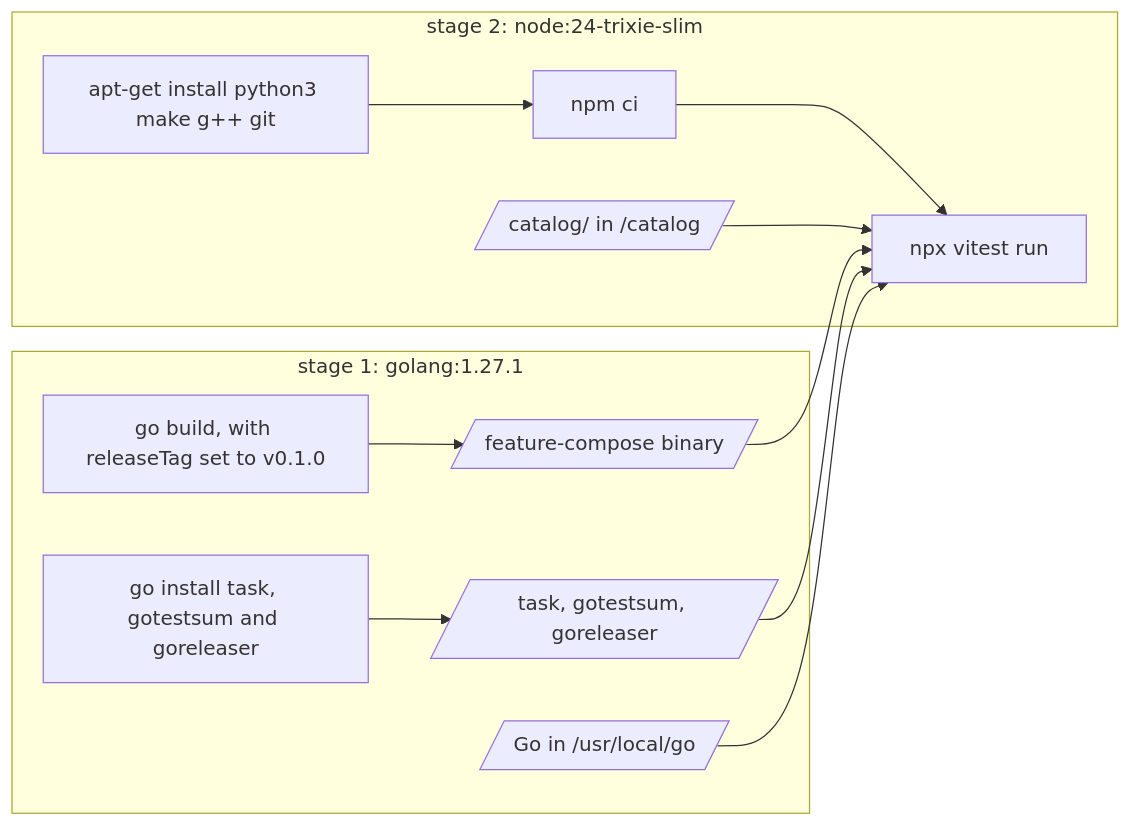
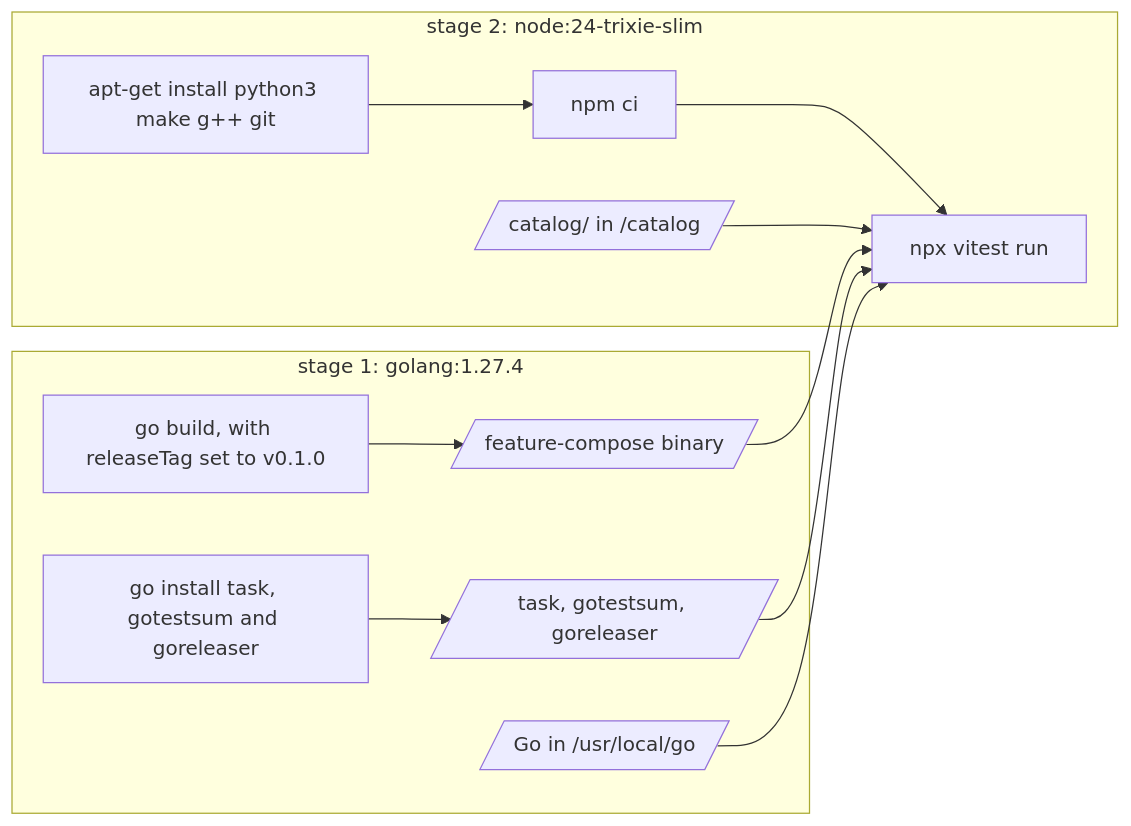
Before and after one commit to hpcsc/feature-compose: the third of 3 diagrams in docs/e2e-tests.md, drawn with Mermaid. The commit also changed 2 other files, not shown here.

Commit message:
Use Go 1.27.4, which fixes 10 vulnerabilities of the standard library
govulncheck stopped the CI build: the code calls 10 vulnerabilities of
net/http, net/textproto, crypto/tls and crypto/x509 in Go 1.27.1. Go
1.27.4 fixes all of them.

go.mod now asks for Go 1.27.4, and CI takes its Go version from
go.mod. The image of the end-to-end tests starts from golang:1.27.4,
so the tests run with the same Go.

````diff
--- a/docs/e2e-tests.md
+++ b/docs/e2e-tests.md
@@ -371,16 +371,16 @@
 ```mermaid
 flowchart LR
-    subgraph builder["stage 1: golang:1.27.1"]
+    subgraph builder["stage 1: golang:1.27.4"]
         G["go build, with releaseTag set to v0.1.0"] --> BIN[/"feature-compose binary"/]
         I["go install task, gotestsum and goreleaser"] --> TOOLS[/"task, gotestsum, goreleaser"/]
         GO[/"Go in /usr/local/go"/]
     end
     subgraph runner["stage 2: node:24-trixie-slim"]
         APT["apt-get install python3 make g++ git"] --> NPM["npm ci"]
         NPM --> RUN["npx vitest run"]
         CAT[/"catalog/ in /catalog"/] --> RUN
     end
     BIN --> RUN
     TOOLS --> RUN
     GO --> RUN
 ```
````
